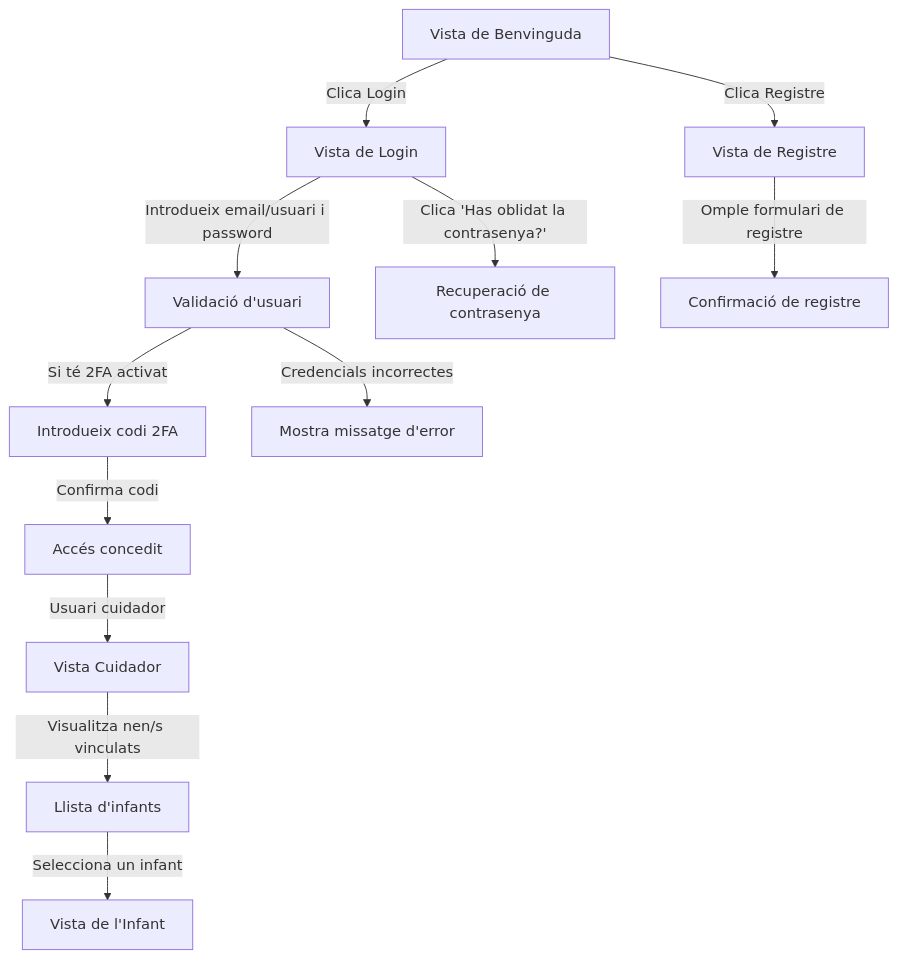
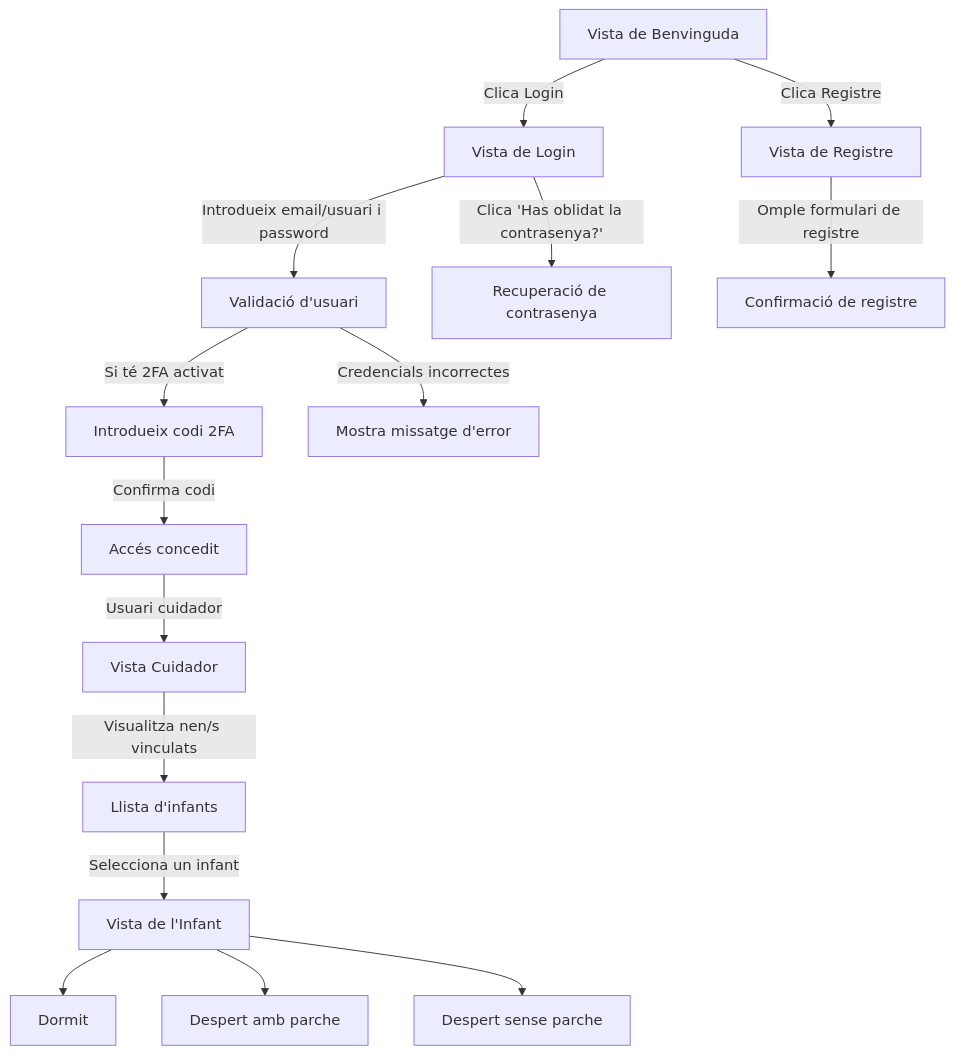
Before and after one commit to anpatricia-18/tapatApp: the diagram in charts/diagramwareframes.mermaid, drawn with Mermaid.

```diff
--- a/charts/diagramwareframes.mermaid
+++ b/charts/diagramwareframes.mermaid
@@ -1,21 +1,26 @@
 flowchart TD
     %% Inici (Benvinguda)
     A[Vista de Benvinguda] -->|Clica Login| B[Vista de Login]
     A -->|Clica Registre| C[Vista de Registre]
 
     %% Login
     B -->|Introdueix email/usuari i password| D[Validació d'usuari]
     D -->|Si té 2FA activat| E[Introdueix codi 2FA]
      %%2F autentificació en dos passos per assegurar-se també al entrar a l'aplicació 
      %%i es una persona despistada amb les contrasenyes com jo
     E -->|Confirma codi| F[Accés concedit]
     D -->|Credencials incorrectes| G[Mostra missatge d'error]
     B -->|Clica 'Has oblidat la contrasenya?'| H[Recuperació de contrasenya]
 
     %% Registre
     C -->|Omple formulari de registre| I[Confirmació de registre]
 
     %% Accés a l'aplicació com a cuidador
     F -->|Usuari cuidador| J[Vista Cuidador]
     J -->|Visualitza nen/s vinculats| K[Llista d'infants]
     K -->|Selecciona un infant| L[Vista de l'Infant]
+
+    %% Estats de l'infant
+    L --> N[Dormit]
+    L --> O[Despert amb parche]
+    L --> P[Despert sense parche]
```
